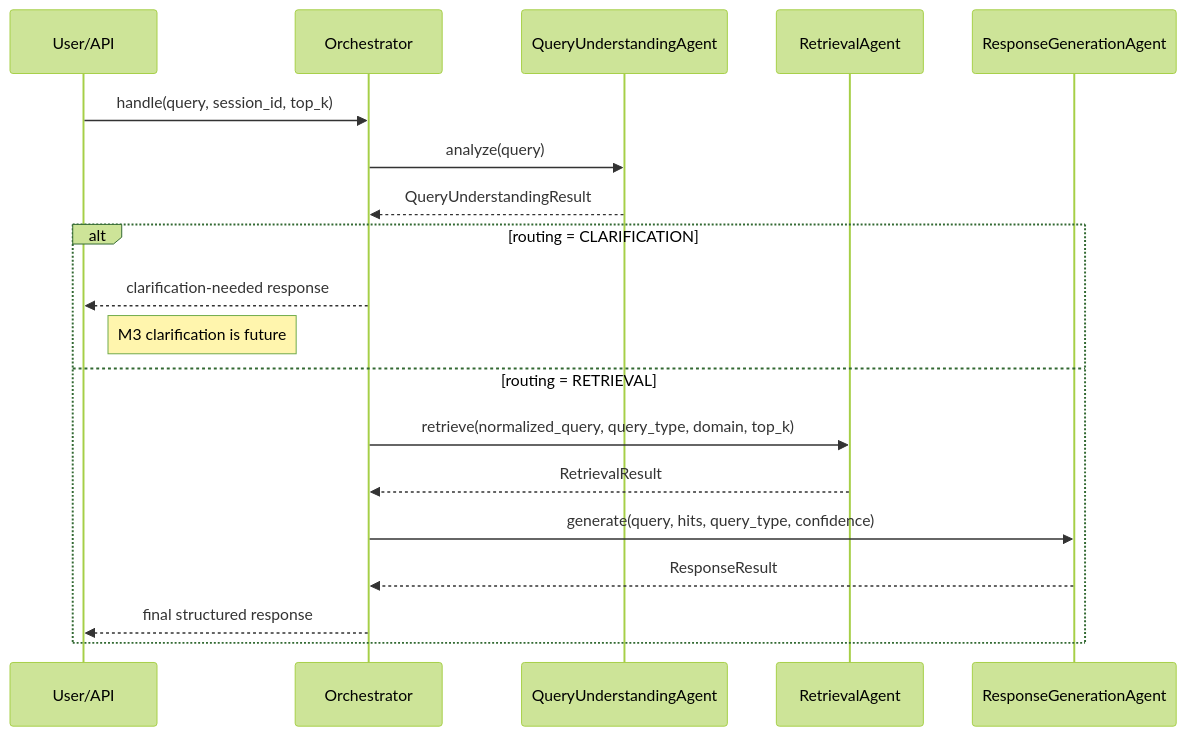
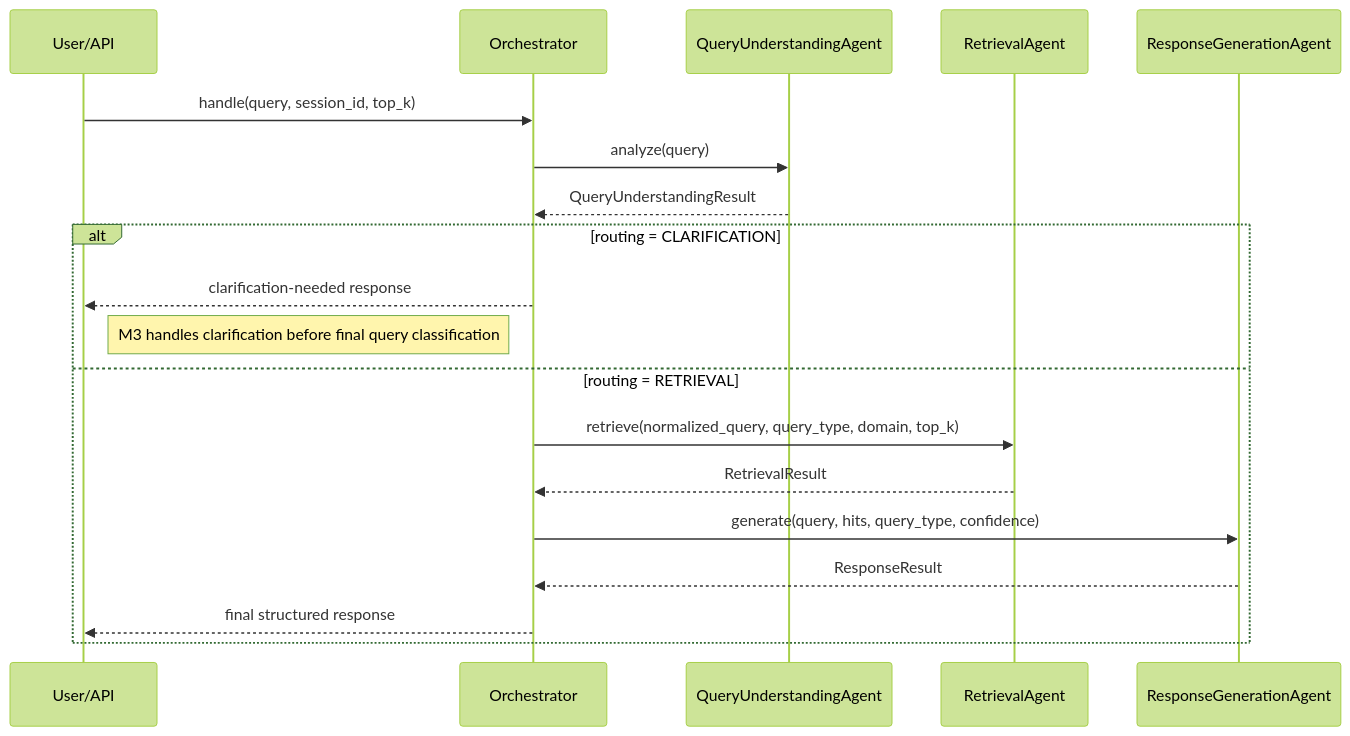
Before and after one commit to Jhansi1717/rag-multi-agent-knowledge-assistant: the first of 2 diagrams in architecture/multi-agent-orchestration.md, drawn with Mermaid (forest theme). The commit also changed other lines of this file and 92 other files, not shown here.

````diff
--- a/architecture/multi-agent-orchestration.md
+++ b/architecture/multi-agent-orchestration.md
@@ -9,22 +9,22 @@
 ```mermaid
 sequenceDiagram
     participant U as User/API
     participant O as Orchestrator
     participant Q as QueryUnderstandingAgent
     participant R as RetrievalAgent
     participant G as ResponseGenerationAgent
 
     U->>O: handle(query, session_id, top_k)
     O->>Q: analyze(query)
     Q-->>O: QueryUnderstandingResult
     alt routing = CLARIFICATION
         O-->>U: clarification-needed response
-        Note right of U: M3 clarification is future
+        Note right of U: M3 handles clarification before final query classification
     else routing = RETRIEVAL
         O->>R: retrieve(normalized_query, query_type, domain, top_k)
         R-->>O: RetrievalResult
         O->>G: generate(query, hits, query_type, confidence)
         G-->>O: ResponseResult
         O-->>U: final structured response
     end
 ```
````
